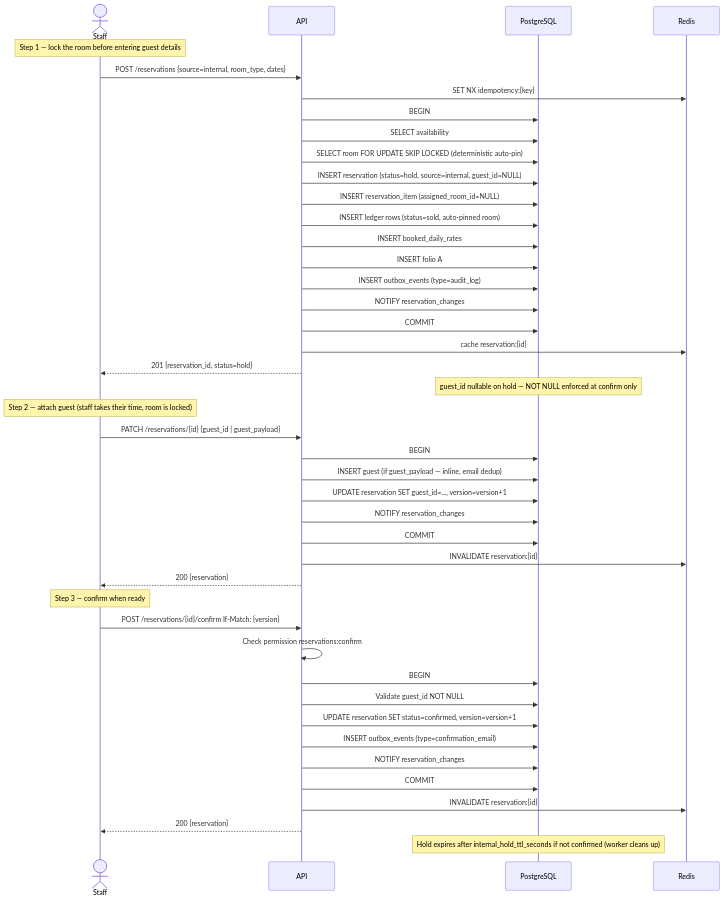
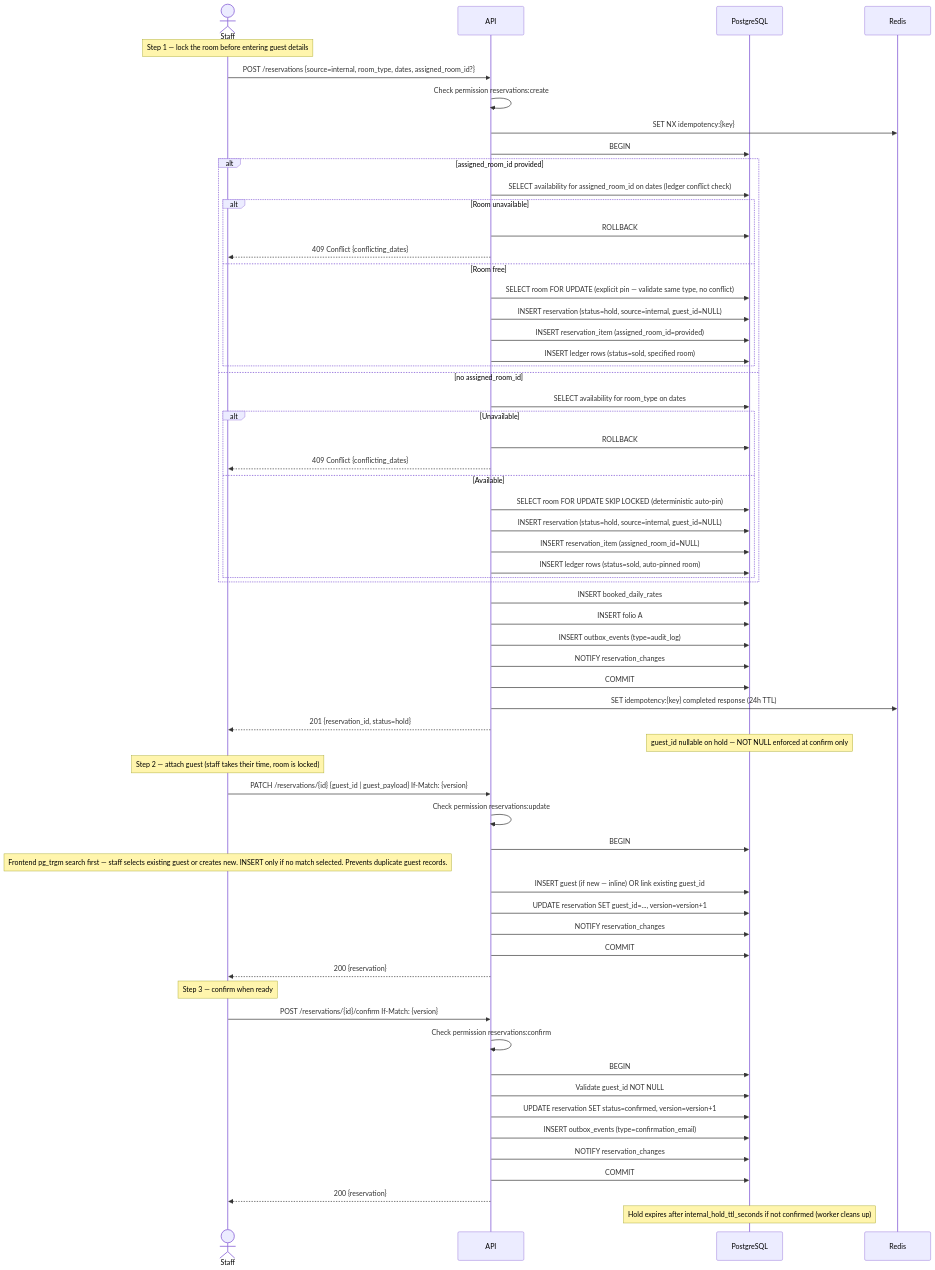
The third of 33 diagrams in docs/flows/reservations.md (mallytj/yop-pms), drawn with Mermaid before and after one commit. The commit also changed other lines of this file, not shown here.

Commit message:
docs(reservations): update the flows post review

````diff
--- a/docs/flows/reservations.md
+++ b/docs/flows/reservations.md
@@ -181,53 +206,72 @@
 ```mermaid
 sequenceDiagram
     actor Staff
     participant API
     participant DB as PostgreSQL
     participant Redis
 
     Note over Staff: Step 1 — lock the room before entering guest details
 
-    Staff->>API: POST /reservations {source=internal, room_type, dates}
+    Staff->>API: POST /reservations {source=internal, room_type, dates, assigned_room_id?}
+    API->>API: Check permission reservations:create
     API->>Redis: SET NX idempotency:{key}
     API->>DB: BEGIN
-    API->>DB: SELECT availability
-    API->>DB: SELECT room FOR UPDATE SKIP LOCKED (deterministic auto-pin)
-    API->>DB: INSERT reservation (status=hold, source=internal, guest_id=NULL)
-    API->>DB: INSERT reservation_item (assigned_room_id=NULL)
-    API->>DB: INSERT ledger rows (status=sold, auto-pinned room)
+    alt assigned_room_id provided
+        API->>DB: SELECT availability for assigned_room_id on dates (ledger conflict check)
+        alt Room unavailable
+            API->>DB: ROLLBACK
+            API-->>Staff: 409 Conflict {conflicting_dates}
+        else Room free
+            API->>DB: SELECT room FOR UPDATE (explicit pin — validate same type, no conflict)
+            API->>DB: INSERT reservation (status=hold, source=internal, guest_id=NULL)
+            API->>DB: INSERT reservation_item (assigned_room_id=provided)
+            API->>DB: INSERT ledger rows (status=sold, specified room)
+        end
+    else no assigned_room_id
+        API->>DB: SELECT availability for room_type on dates
+        alt Unavailable
+            API->>DB: ROLLBACK
+            API-->>Staff: 409 Conflict {conflicting_dates}
+        else Available
+            API->>DB: SELECT room FOR UPDATE SKIP LOCKED (deterministic auto-pin)
+            API->>DB: INSERT reservation (status=hold, source=internal, guest_id=NULL)
+            API->>DB: INSERT reservation_item (assigned_room_id=NULL)
+            API->>DB: INSERT ledger rows (status=sold, auto-pinned room)
+        end
+    end
     API->>DB: INSERT booked_daily_rates
     API->>DB: INSERT folio A
     API->>DB: INSERT outbox_events (type=audit_log)
     API->>DB: NOTIFY reservation_changes
     API->>DB: COMMIT
-    API->>Redis: cache reservation:{id}
+    API->>Redis: SET idempotency:{key} completed response (24h TTL)
     API-->>Staff: 201 {reservation_id, status=hold}
 
     Note over DB: guest_id nullable on hold — NOT NULL enforced at confirm only
 
     Note over Staff: Step 2 — attach guest (staff takes their time, room is locked)
 
-    Staff->>API: PATCH /reservations/{id} {guest_id | guest_payload}
+    Staff->>API: PATCH /reservations/{id} {guest_id | guest_payload} If-Match: {version}
+    API->>API: Check permission reservations:update
     API->>DB: BEGIN
-    API->>DB: INSERT guest (if guest_payload — inline, email dedup)
+    Note over Staff: Frontend pg_trgm search first — staff selects existing guest or creates new. INSERT only if no match selected. Prevents duplicate guest records.
+    API->>DB: INSERT guest (if new — inline) OR link existing guest_id
     API->>DB: UPDATE reservation SET guest_id=..., version=version+1
     API->>DB: NOTIFY reservation_changes
     API->>DB: COMMIT
-    API->>Redis: INVALIDATE reservation:{id}
     API-->>Staff: 200 {reservation}
 
     Note over Staff: Step 3 — confirm when ready
 
     Staff->>API: POST /reservations/{id}/confirm If-Match: {version}
     API->>API: Check permission reservations:confirm
     API->>DB: BEGIN
     API->>DB: Validate guest_id NOT NULL
     API->>DB: UPDATE reservation SET status=confirmed, version=version+1
     API->>DB: INSERT outbox_events (type=confirmation_email)
     API->>DB: NOTIFY reservation_changes
     API->>DB: COMMIT
-    API->>Redis: INVALIDATE reservation:{id}
     API-->>Staff: 200 {reservation}
 
     Note over DB: Hold expires after internal_hold_ttl_seconds if not confirmed (worker cleans up)
 ```
````
